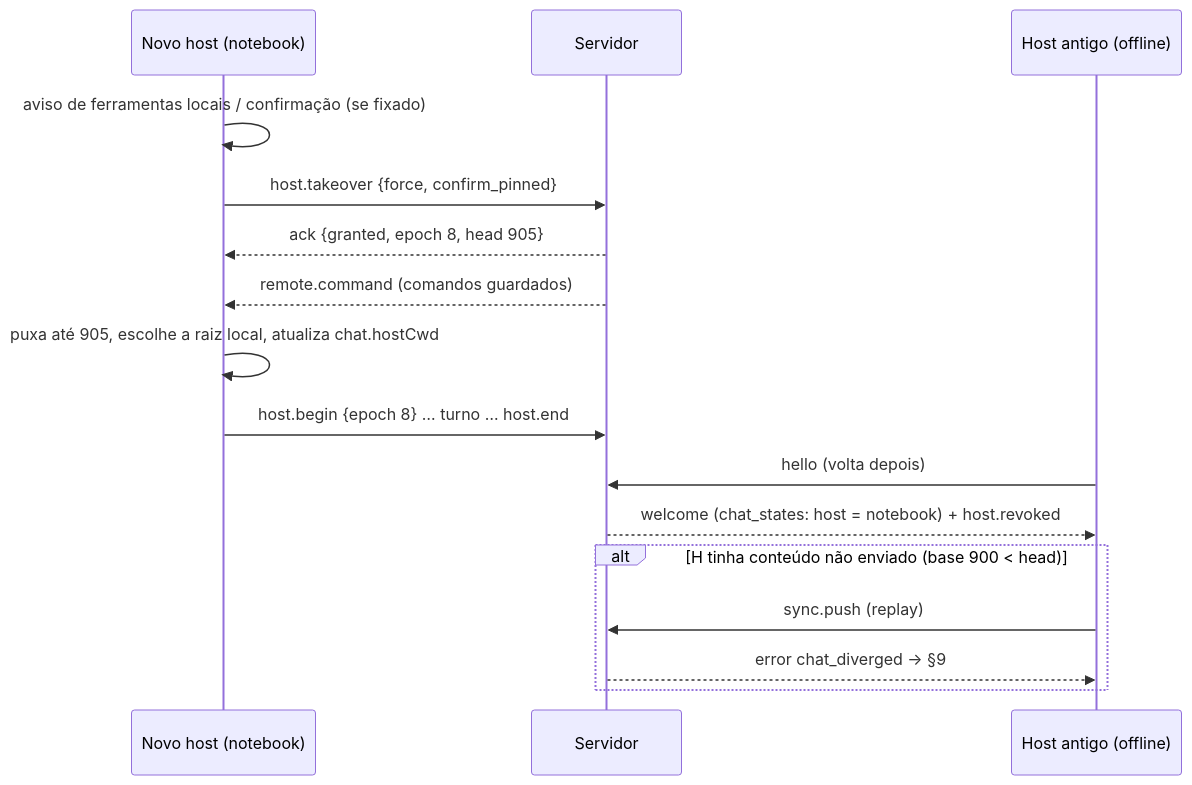
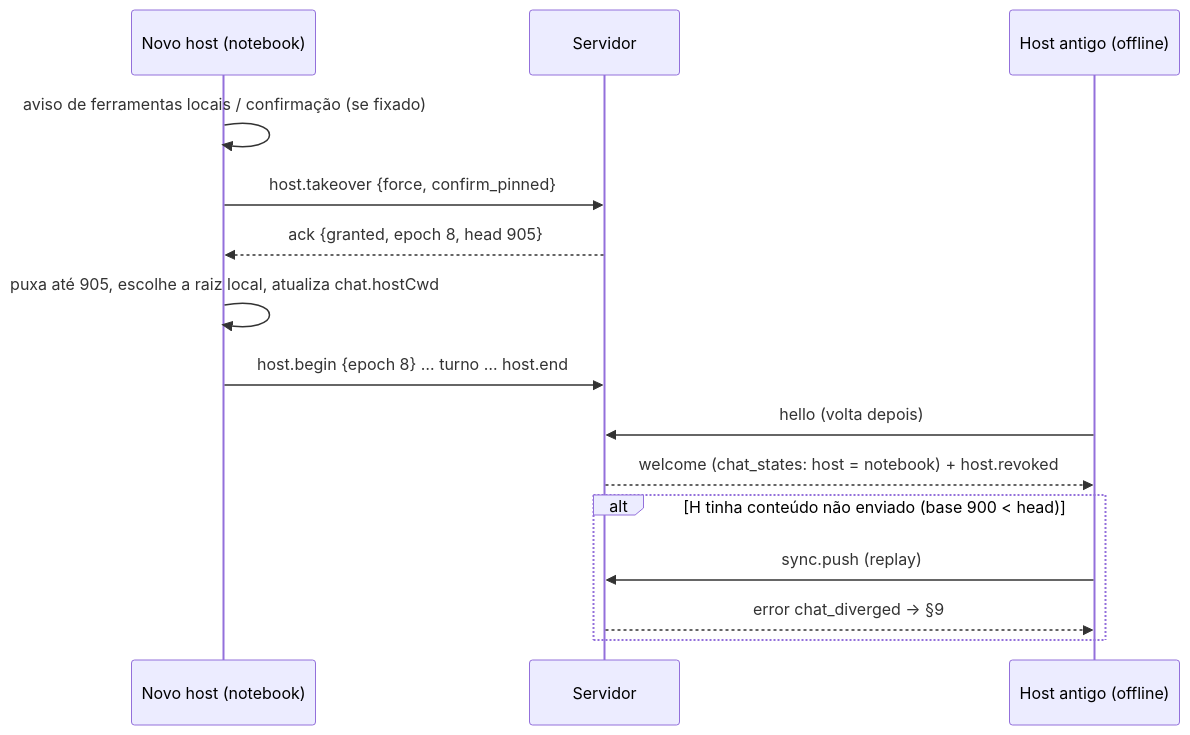
One commit to ezenere/ClearChatWebsite changed the tenth of 16 diagrams in docs/SYNC_PROTOCOL.md. Above: the diagram before and after it, drawn with Mermaid. The commit also changed other lines of this file and 2 other files, not shown here.

First line of the commit message:
Sync v1: descartar a versão não escolhida na divergência, sem fila offline de comandos, Nginx local

````diff
--- a/docs/SYNC_PROTOCOL.md
+++ b/docs/SYNC_PROTOCOL.md
@@ -1499,18 +1499,17 @@
 ```mermaid
 sequenceDiagram
     participant N as Novo host (notebook)
     participant S as Servidor
     participant H as Host antigo (offline)
     N->>N: aviso de ferramentas locais / confirmação (se fixado)
     N->>S: host.takeover {force, confirm_pinned}
     S-->>N: ack {granted, epoch 8, head 905}
-    S-->>N: remote.command (comandos guardados)
     N->>N: puxa até 905, escolhe a raiz local, atualiza chat.hostCwd
     N->>S: host.begin {epoch 8} … turno … host.end
     H->>S: hello (volta depois)
     S-->>H: welcome (chat_states: host = notebook) + host.revoked
     alt H tinha conteúdo não enviado (base 900 < head)
         H->>S: sync.push (replay)
         S-->>H: error chat_diverged → §9
     end
 ```
````
